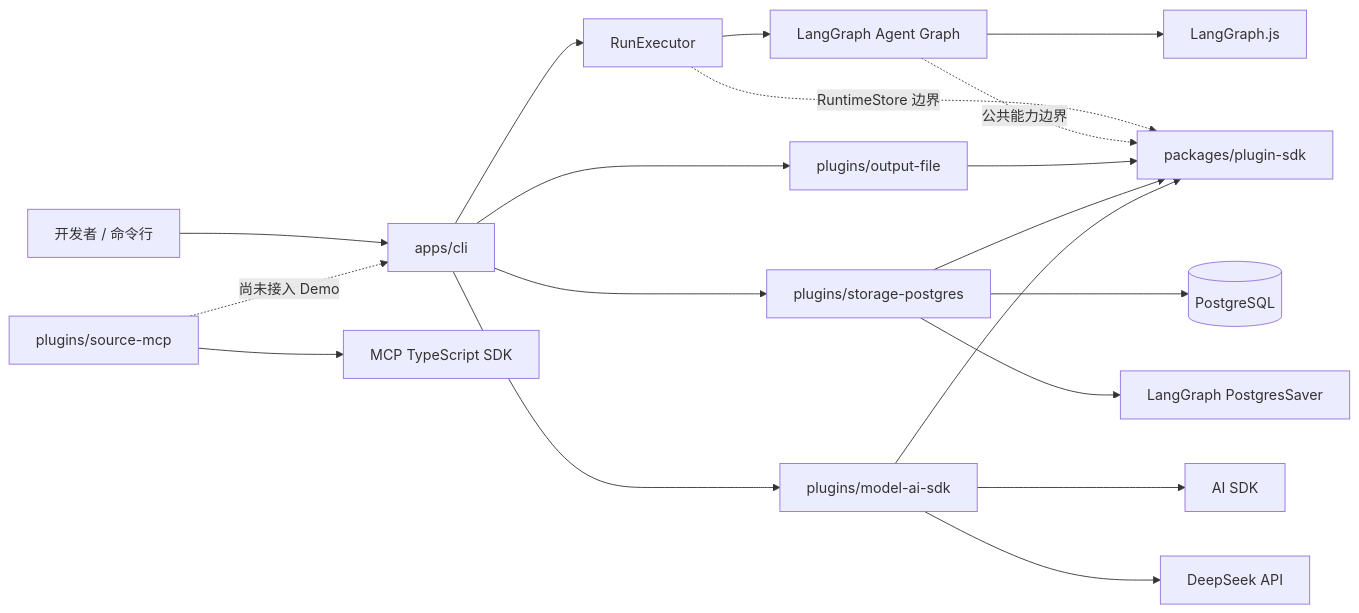
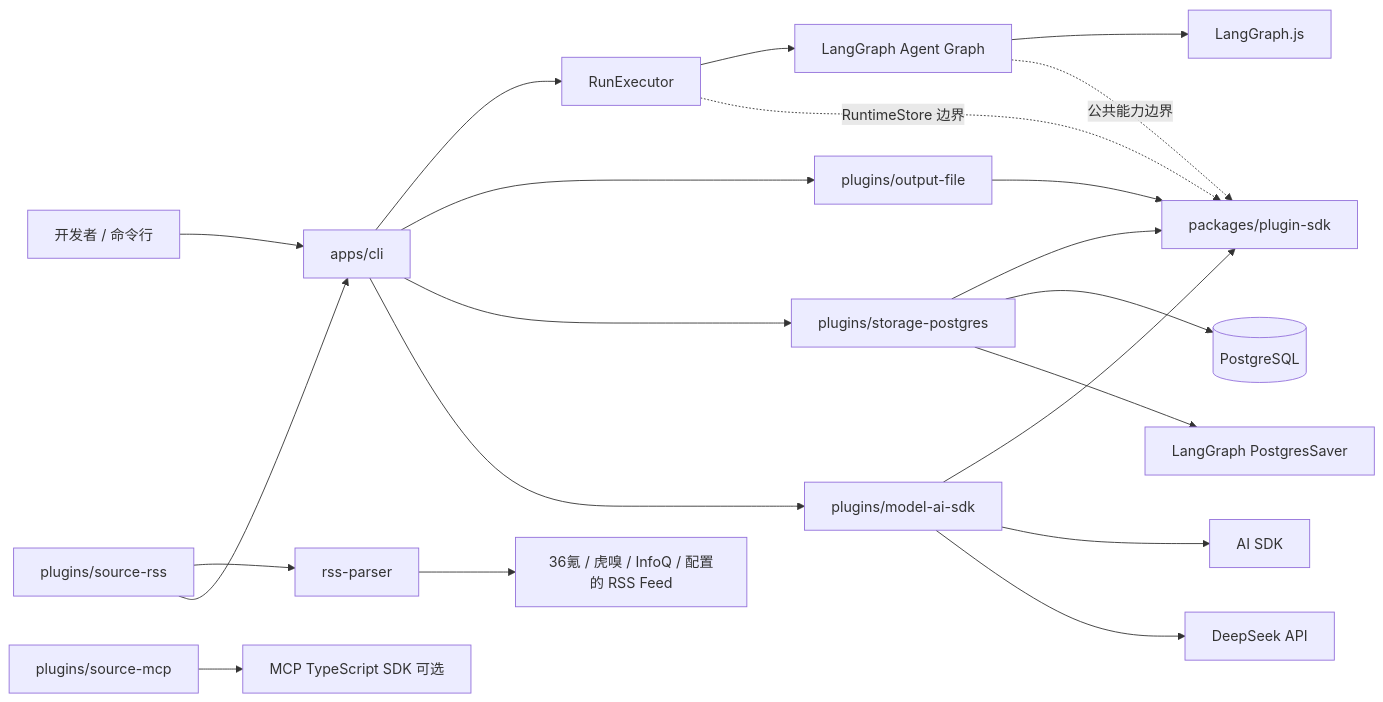
Before and after one commit to liuxzzz/finance-ai-news-agent: the first of 3 diagrams in docs/architecture.md, drawn with Mermaid. The commit also changed other lines of this file and 42 other files, not shown here.

````diff
--- a/docs/architecture.md
+++ b/docs/architecture.md
@@ -30,24 +30,26 @@
 ```mermaid
 flowchart LR
     User[开发者 / 命令行] --> CLI[apps/cli]
     CLI --> Runtime[RunExecutor]
     Runtime --> Core[LangGraph Agent Graph]
     CLI --> Output[plugins/output-file]
     CLI --> Storage[plugins/storage-postgres]
 
     Core --> Graph[LangGraph.js]
     Runtime -. RuntimeStore 边界 .-> SDK[packages/plugin-sdk]
     Core -. 公共能力边界 .-> SDK
     Output --> SDK
     Storage --> SDK
 
     CLI --> Model[plugins/model-ai-sdk]
     Model --> SDK
     Model --> AISDK[AI SDK]
-    Source[plugins/source-mcp] --> MCP[MCP TypeScript SDK]
+    Source[plugins/source-rss] --> RSS[rss-parser]
+    RSS --> Feed[36氪 / 虎嗅 / InfoQ / 配置的 RSS Feed]
+    Optional[plugins/source-mcp] --> MCP[MCP TypeScript SDK 可选]
     Storage --> PG[(PostgreSQL)]
     Storage --> Checkpoint[LangGraph PostgresSaver]
 
-    Source -. 尚未接入 Demo .-> CLI
+    Source --> CLI
     Model --> DeepSeek[DeepSeek API]
 ```
````
